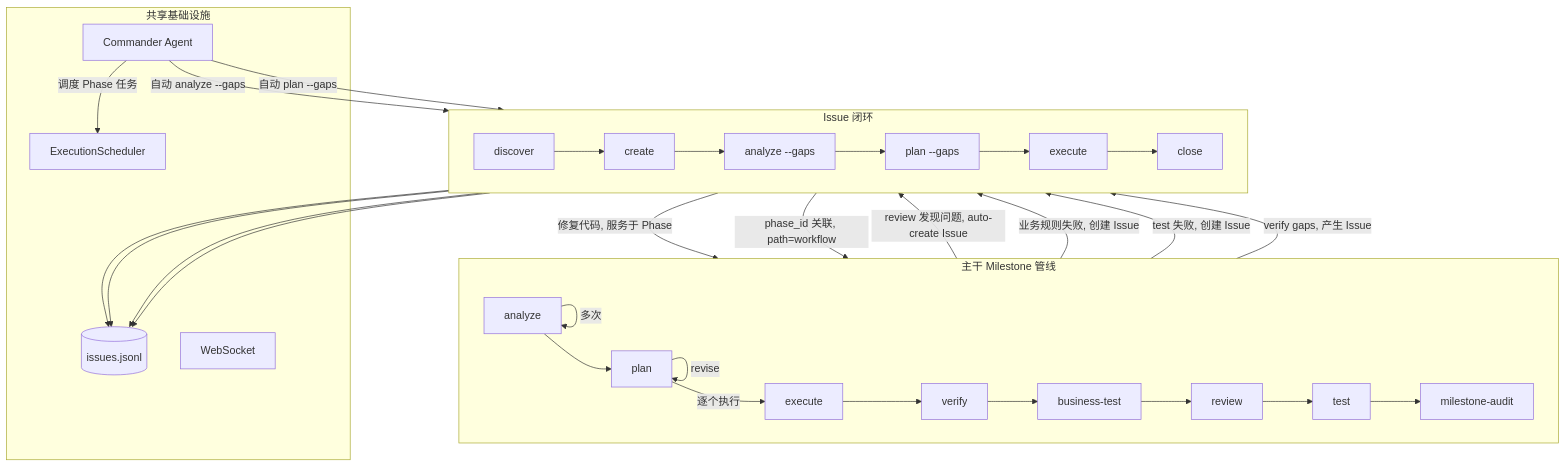
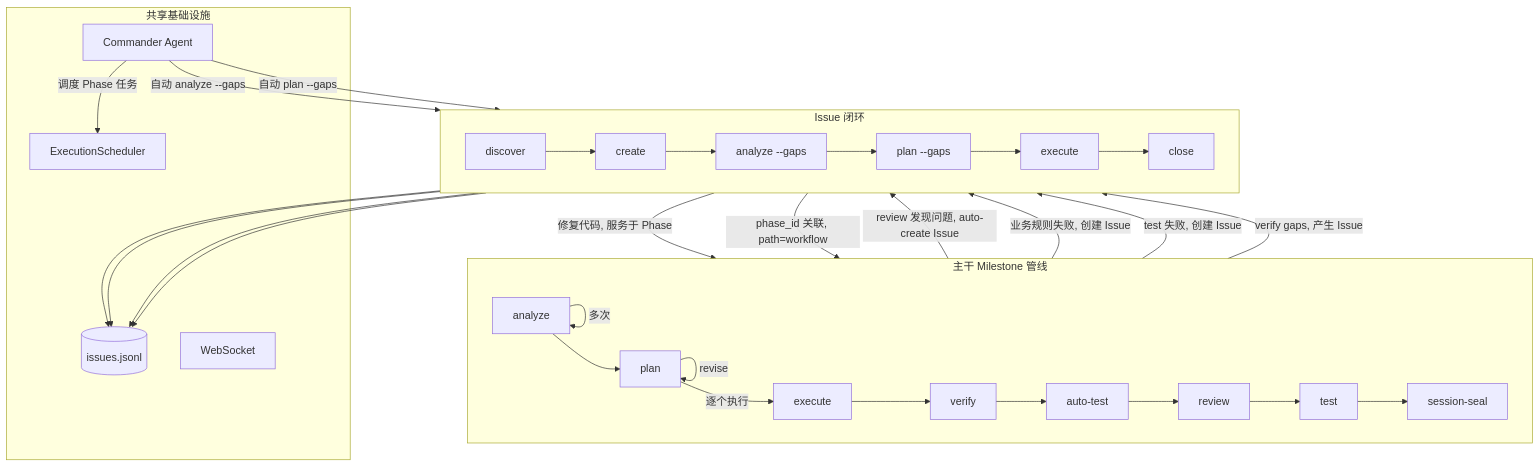
The second of 2 diagrams in docs-site/src/content/docs/guides/command-usage-guide.md (catlog22/maestro-flow), drawn with Mermaid before and after one commit. The commit also changed other lines of this file and 19 other files, not shown here.

````diff
--- a/docs-site/src/content/docs/guides/command-usage-guide.md
+++ b/docs-site/src/content/docs/guides/command-usage-guide.md
@@ -130,39 +130,39 @@
 ```mermaid
 graph TB
     subgraph phase_pipeline["主干 Milestone 管线"]
         direction LR
         AN["analyze"] -->|"多次"| AN
         AN --> PL["plan"] -->|"revise"| PL -->|"逐个执行"| EX["execute"] --> VF["verify"]
-        VF --> QBT["business-test"] --> QR["review"] --> QT["test"] --> MA["milestone-audit"]
+        VF --> QBT["auto-test"] --> QR["review"] --> QT["test"] --> MA["session-seal"]
     end
 
     subgraph issue_loop["Issue 闭环"]
         direction LR
         ID["discover"] --> IC["create"] --> IA["analyze --gaps"]
         IA --> IP["plan --gaps"] --> IE["execute"] --> ICL["close"]
     end
 
     subgraph shared["共享基础设施"]
         JSONL[("issues.jsonl")]
         CMD["Commander Agent"]
         SCHED["ExecutionScheduler"]
         WS["WebSocket"]
     end
 
     QR -->|"review 发现问题, auto-create Issue"| IC
     QBT -->|"业务规则失败, 创建 Issue"| IC
     QT -->|"test 失败, 创建 Issue"| IC
     VF -->|"verify gaps, 产生 Issue"| IC
 
     IC -->|"phase_id 关联, path=workflow"| phase_pipeline
     IE -->|"修复代码, 服务于 Phase"| EX
 
     CMD -->|"调度 Phase 任务"| SCHED
     CMD -->|"自动 analyze --gaps"| IA
     CMD -->|"自动 plan --gaps"| IP
 
     IC --> JSONL
     IA --> JSONL
     IP --> JSONL
     IE --> JSONL
 ```
````
